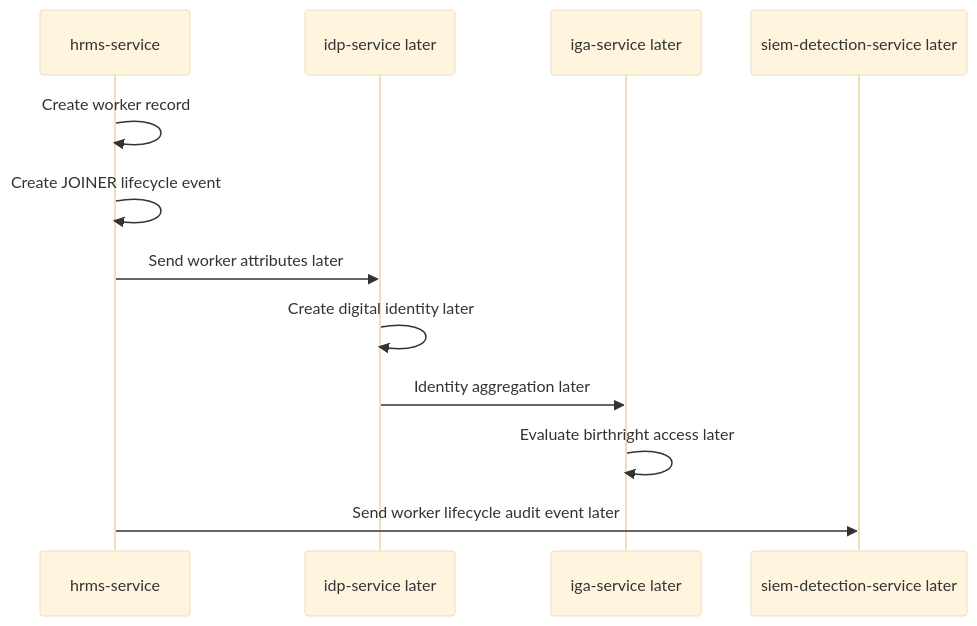
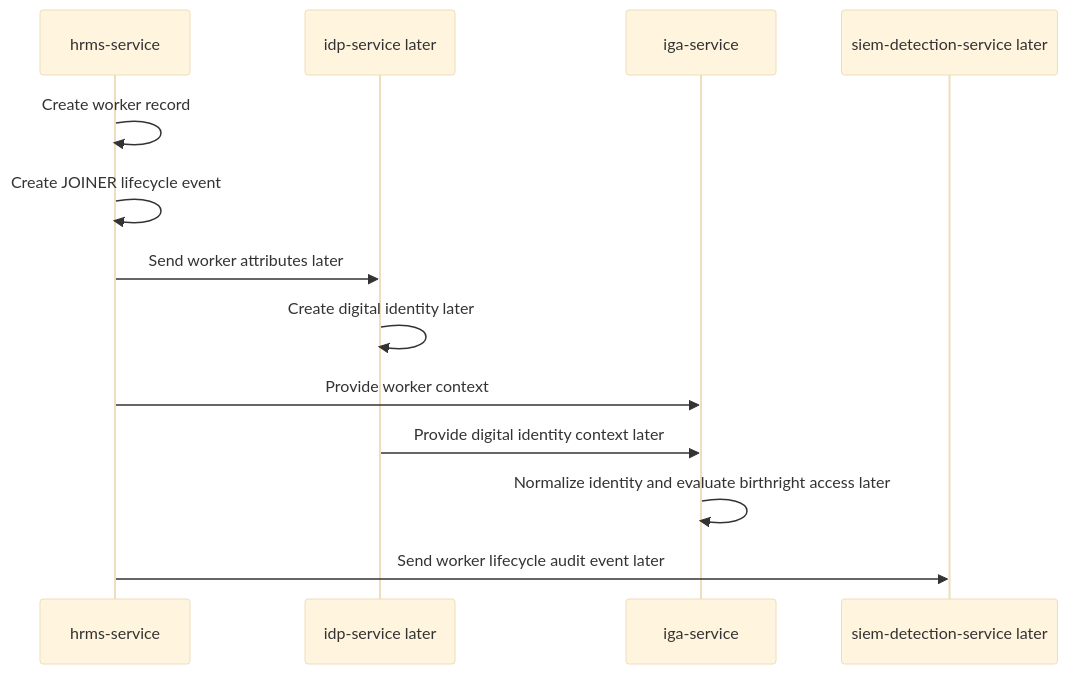
One commit to i-m-rish/luffy changed the fourth of 7 diagrams in apps/hrms-service/docs/diagrams.md. Above: the diagram before and after it, drawn with Mermaid (base theme). The commit also changed other lines of this file, not shown here.

Commit message:
Update HRMS diagrams with IGA normalization flow

````diff
--- a/apps/hrms-service/docs/diagrams.md
+++ b/apps/hrms-service/docs/diagrams.md
@@ -76,15 +90,16 @@
 ```mermaid
 sequenceDiagram
     participant HRMS as hrms-service
     participant IDP as idp-service later
-    participant IGA as iga-service later
+    participant IGA as iga-service
     participant SIEM as siem-detection-service later
 
     HRMS->>HRMS: Create worker record
     HRMS->>HRMS: Create JOINER lifecycle event
     HRMS->>IDP: Send worker attributes later
     IDP->>IDP: Create digital identity later
-    IDP->>IGA: Identity aggregation later
-    IGA->>IGA: Evaluate birthright access later
+    HRMS->>IGA: Provide worker context
+    IDP->>IGA: Provide digital identity context later
+    IGA->>IGA: Normalize identity and evaluate birthright access later
     HRMS->>SIEM: Send worker lifecycle audit event later
 ```
````
